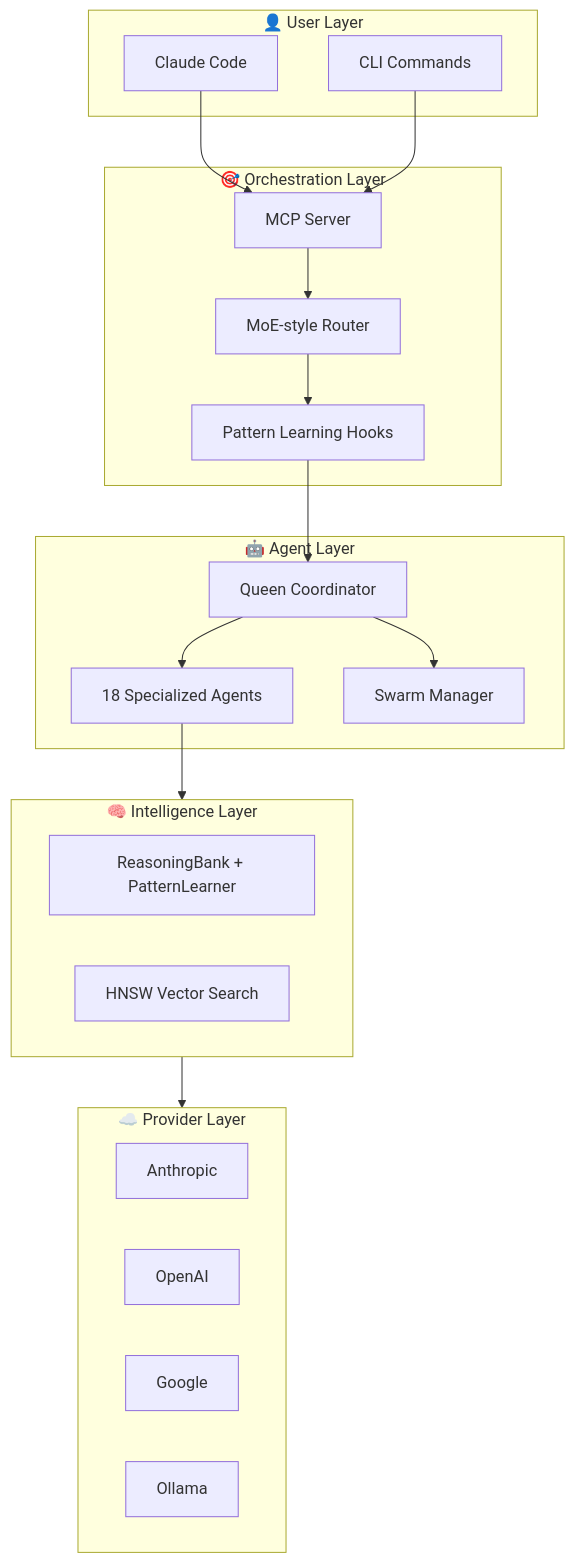
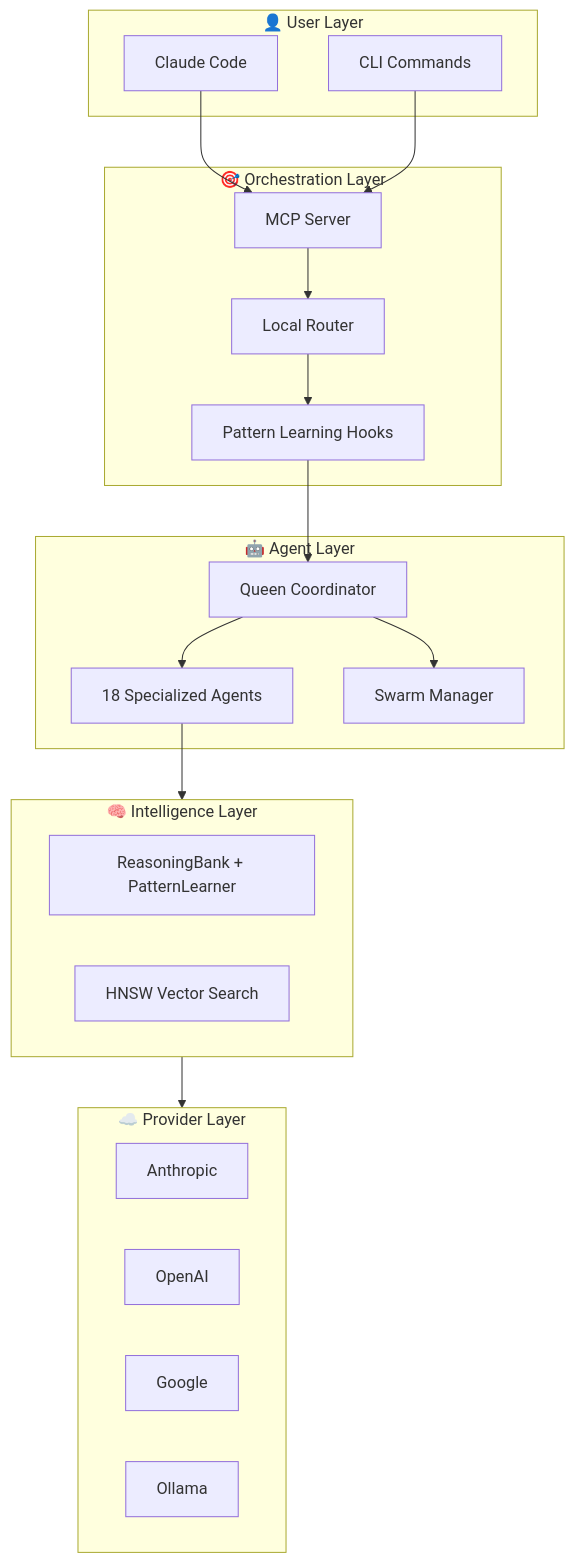
Before and after one commit to hypnwtykvmpr/hive-flow: the second of 6 diagrams in README.md, drawn with Mermaid. The commit also changed other lines of this file and 15 other files, not shown here.

````diff
--- a/README.md
+++ b/README.md
@@ -844,42 +844,42 @@
 ```mermaid
 flowchart TB
     subgraph User["👤 User Layer"]
         CC[Claude Code]
         CLI[CLI Commands]
     end
 
     subgraph Orchestration["🎯 Orchestration Layer"]
         MCP[MCP Server]
         Router[Intelligent Router]
         Hooks[Pattern Learning Hooks]
     end
 
     subgraph Agents["🤖 Agent Layer"]
         Queen[Queen Coordinator]
         Workers[18 Specialized Agents]
         Swarm[Swarm Manager]
     end
 
     subgraph Intelligence["🧠 Intelligence Layer"]
         Learning[ReasoningBank + PatternLearner]
-        Router[MoE-style Router]
+        Router[Local Router]
         HNSW[HNSW Vector Search]
     end
 
     subgraph Providers["☁️ Provider Layer"]
         Anthropic[Anthropic]
         OpenAI[OpenAI]
         Google[Google]
         Ollama[Ollama]
     end
 
     CC --> MCP
     CLI --> MCP
     MCP --> Router
     Router --> Hooks
     Hooks --> Queen
     Queen --> Workers
     Queen --> Swarm
     Workers --> Intelligence
     Intelligence --> Providers
 ```
````
